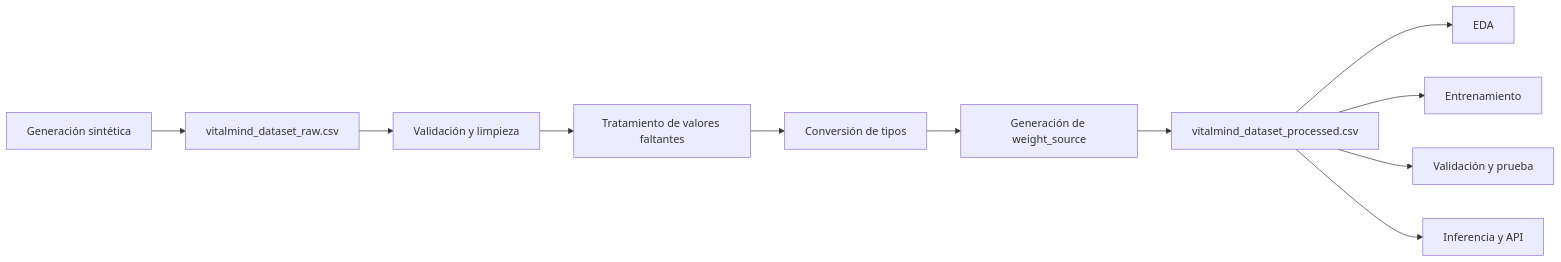
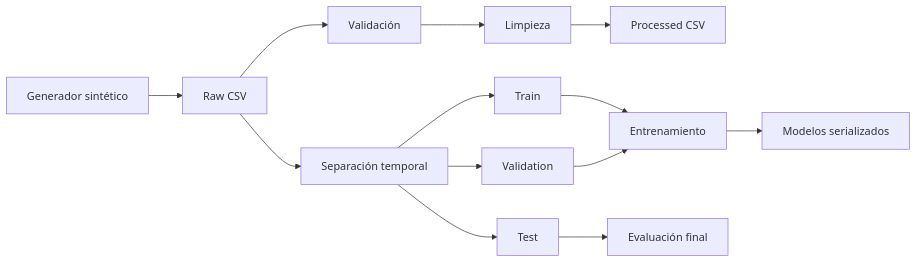
One commit to KouDionicio/9A-IDGS-ECBD-VitalMind- changed the diagram in docs/data-sources.md. Above: the diagram before and after it, drawn with Mermaid. The commit also changed other lines of this file and 13 other files, not shown here.

````diff
--- a/docs/data-sources.md
+++ b/docs/data-sources.md
@@ -72,13 +161,15 @@
 ```mermaid
 flowchart LR
-    A[Generación sintética] --> B[vitalmind_dataset_raw.csv]
-    B --> C[Validación y limpieza]
-    C --> D[Tratamiento de valores faltantes]
-    D --> E[Conversión de tipos]
-    E --> F[Generación de weight_source]
-    F --> G[vitalmind_dataset_processed.csv]
-    G --> H[EDA]
-    G --> I[Entrenamiento]
-    G --> J[Validación y prueba]
-    G --> K[Inferencia y API]
+    G[Generador sintético] --> R[Raw CSV]
+    R --> V[Validación]
+    V --> C[Limpieza]
+    C --> P[Processed CSV]
+    R --> S[Separación temporal]
+    S --> T[Train]
+    S --> VA[Validation]
+    S --> TE[Test]
+    T --> M[Entrenamiento]
+    VA --> M
+    M --> O[Modelos serializados]
+    TE --> E[Evaluación final]
 ```
````
